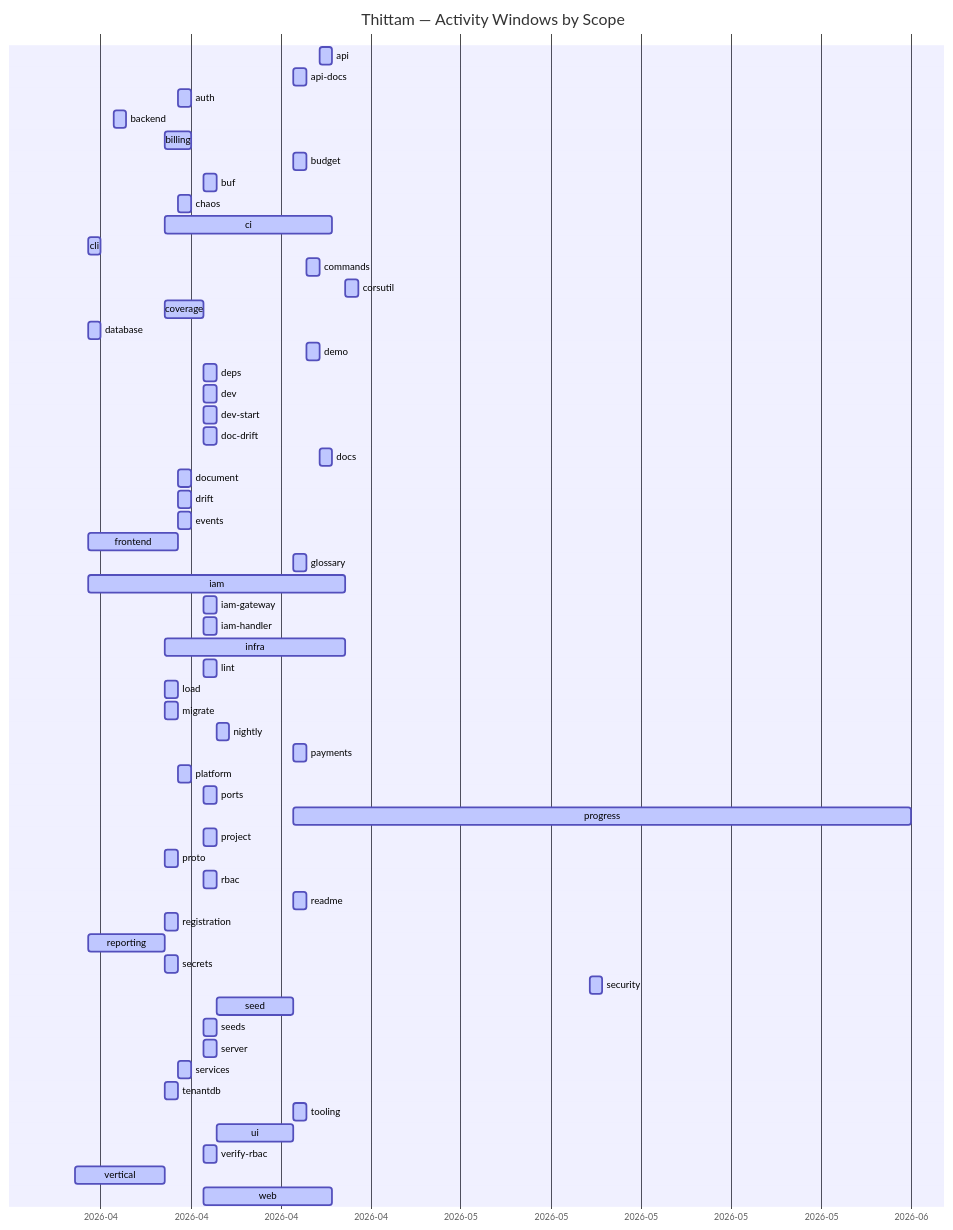
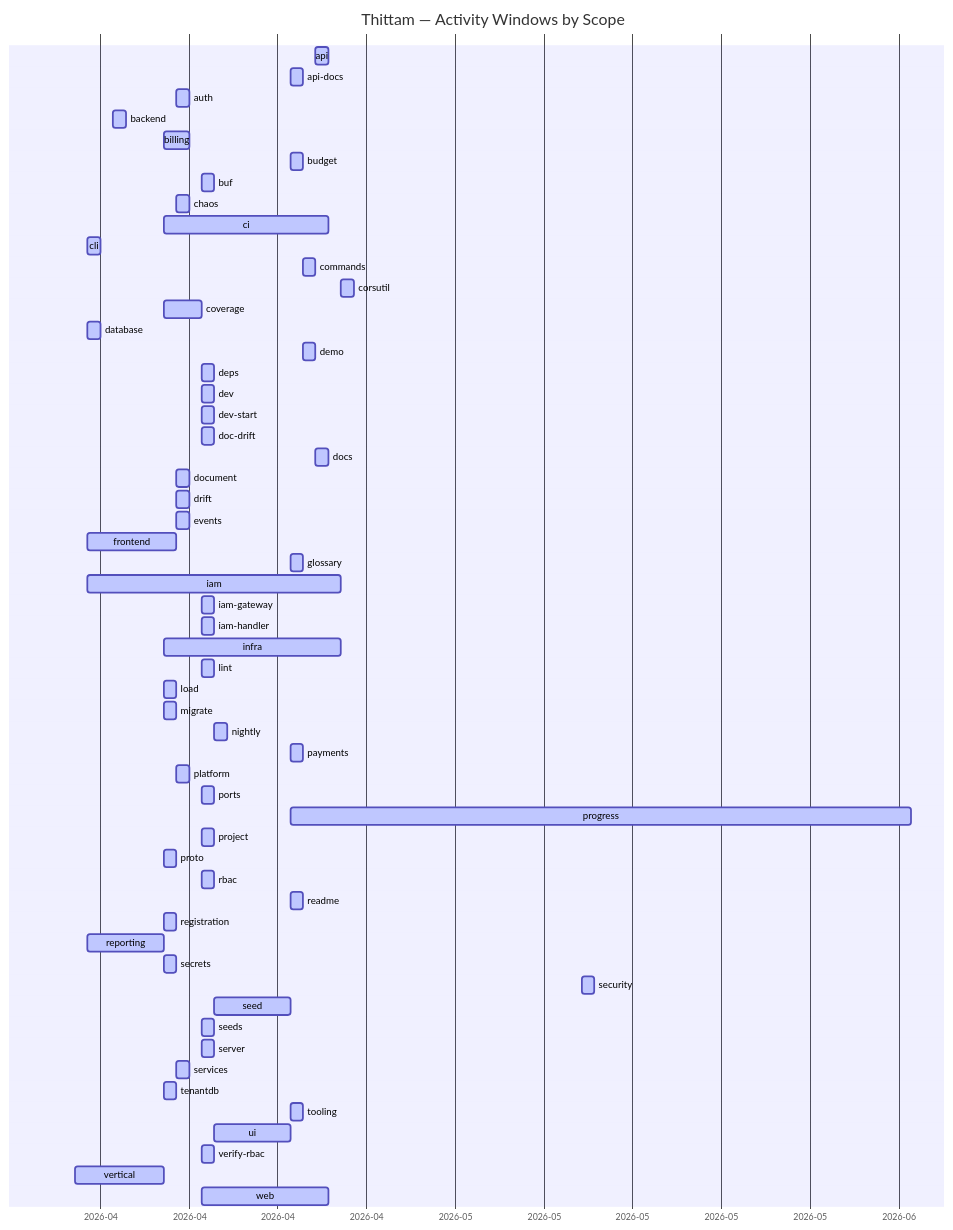
The diagram in docs/PROGRESS.md (wegofwd2020-hub/thittam), drawn with Mermaid before and after one commit. The commit also changed other lines of this file and 1 other file, not shown here.

Commit message:
chore(progress): nightly update of docs/PROGRESS.md + CSVs

````diff
--- a/docs/PROGRESS.md
+++ b/docs/PROGRESS.md
@@ -9,61 +9,61 @@
 ```mermaid
 gantt
     title Thittam — Activity Windows by Scope
     dateFormat YYYY-MM-DD
     axisFormat %Y-%m
     api                :active, s_api, 2026-04-22, 2026-04-23
     api-docs           :active, s_api_docs, 2026-04-20, 2026-04-21
     auth               :active, s_auth, 2026-04-11, 2026-04-12
     backend            :active, s_backend, 2026-04-06, 2026-04-07
     billing            :active, s_billing, 2026-04-10, 2026-04-12
     budget             :active, s_budget, 2026-04-20, 2026-04-21
     buf                :active, s_buf, 2026-04-13, 2026-04-14
     chaos              :active, s_chaos, 2026-04-11, 2026-04-12
     ci                 :active, s_ci, 2026-04-10, 2026-04-23
     cli                :active, s_cli, 2026-04-04, 2026-04-05
     commands           :active, s_commands, 2026-04-21, 2026-04-22
     corsutil           :active, s_corsutil, 2026-04-24, 2026-04-25
     coverage           :active, s_coverage, 2026-04-10, 2026-04-13
     database           :active, s_database, 2026-04-04, 2026-04-05
     demo               :active, s_demo, 2026-04-21, 2026-04-22
     deps               :active, s_deps, 2026-04-13, 2026-04-14
     dev                :active, s_dev, 2026-04-13, 2026-04-14
     dev-start          :active, s_dev_start, 2026-04-13, 2026-04-14
     doc-drift          :active, s_doc_drift, 2026-04-13, 2026-04-14
     docs               :active, s_docs, 2026-04-22, 2026-04-23
     document           :active, s_document, 2026-04-11, 2026-04-12
     drift              :active, s_drift, 2026-04-11, 2026-04-12
     events             :active, s_events, 2026-04-11, 2026-04-12
     frontend           :active, s_frontend, 2026-04-04, 2026-04-11
     glossary           :active, s_glossary, 2026-04-20, 2026-04-21
     iam                :active, s_iam, 2026-04-04, 2026-04-24
     iam-gateway        :active, s_iam_gateway, 2026-04-13, 2026-04-14
     iam-handler        :active, s_iam_handler, 2026-04-13, 2026-04-14
     infra              :active, s_infra, 2026-04-10, 2026-04-24
     lint               :active, s_lint, 2026-04-13, 2026-04-14
     load               :active, s_load, 2026-04-10, 2026-04-11
     migrate            :active, s_migrate, 2026-04-10, 2026-04-11
     nightly            :active, s_nightly, 2026-04-14, 2026-04-15
     payments           :active, s_payments, 2026-04-20, 2026-04-21
     platform           :active, s_platform, 2026-04-11, 2026-04-12
     ports              :active, s_ports, 2026-04-13, 2026-04-14
-    progress           :active, s_progress, 2026-04-20, 2026-06-07
+    progress           :active, s_progress, 2026-04-20, 2026-06-08
     project            :active, s_project, 2026-04-13, 2026-04-14
     proto              :active, s_proto, 2026-04-10, 2026-04-11
     rbac               :active, s_rbac, 2026-04-13, 2026-04-14
     readme             :active, s_readme, 2026-04-20, 2026-04-21
     registration       :active, s_registration, 2026-04-10, 2026-04-11
     reporting          :active, s_reporting, 2026-04-04, 2026-04-10
     secrets            :active, s_secrets, 2026-04-10, 2026-04-11
     security           :active, s_security, 2026-05-13, 2026-05-14
     seed               :active, s_seed, 2026-04-14, 2026-04-20
     seeds              :active, s_seeds, 2026-04-13, 2026-04-14
     server             :active, s_server, 2026-04-13, 2026-04-14
     services           :active, s_services, 2026-04-11, 2026-04-12
     tenantdb           :active, s_tenantdb, 2026-04-10, 2026-04-11
     tooling            :active, s_tooling, 2026-04-20, 2026-04-21
     ui                 :active, s_ui, 2026-04-14, 2026-04-20
     verify-rbac        :active, s_verify_rbac, 2026-04-13, 2026-04-14
     vertical           :active, s_vertical, 2026-04-03, 2026-04-10
     web                :active, s_web, 2026-04-13, 2026-04-23
 ```
````
